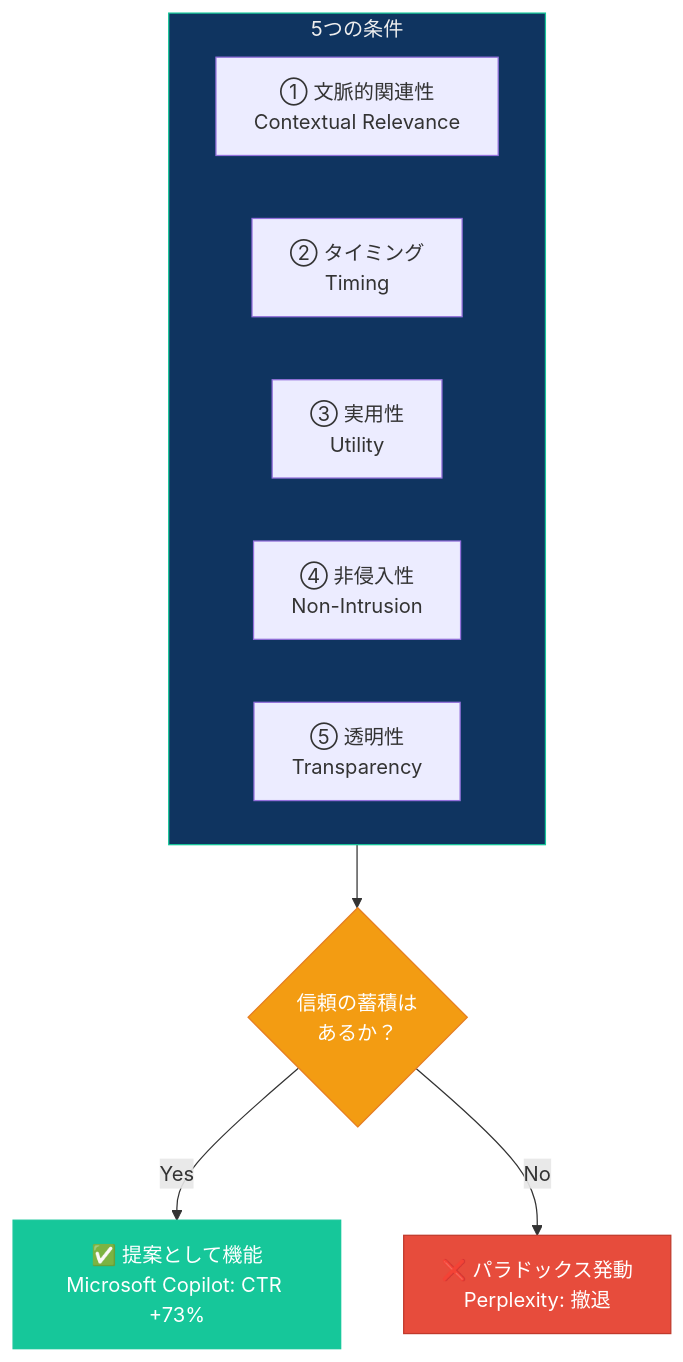
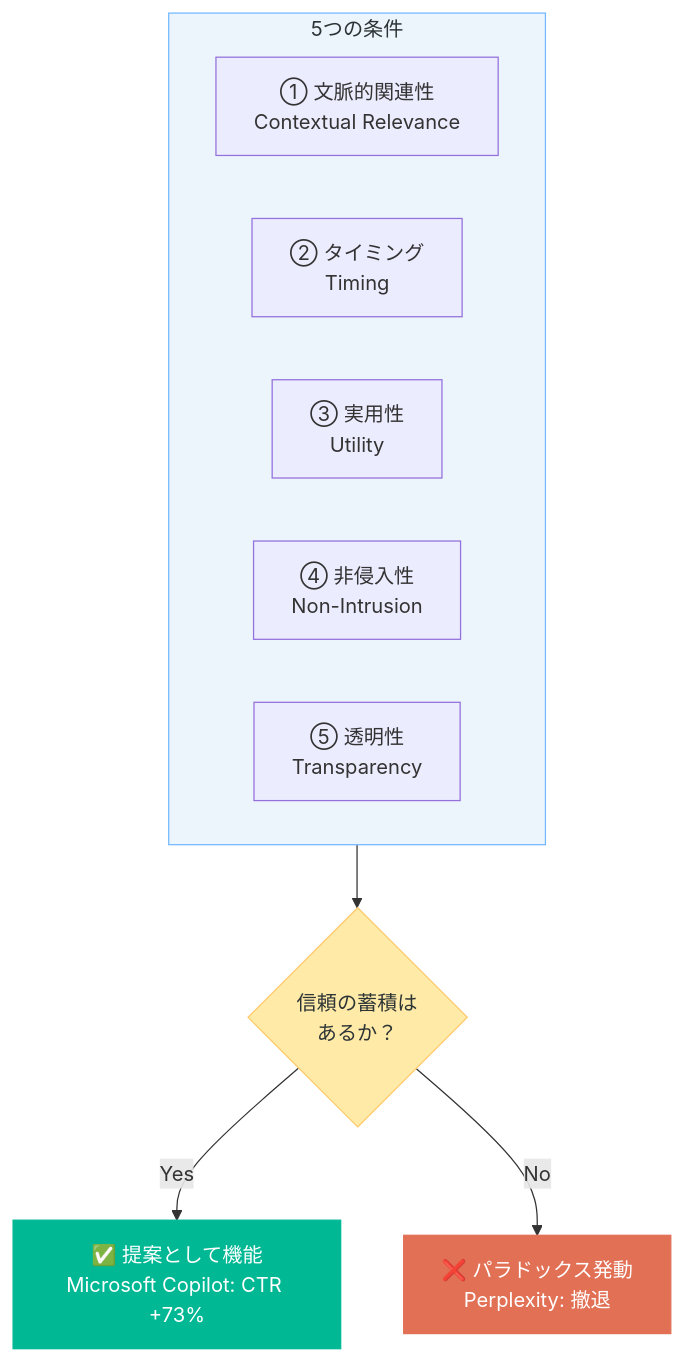
One commit to Leading-AI-IO/advertising-redesigned changed the fifth of 9 diagrams in docs/jp/advertising_redesigned_jp.md. Above: the diagram before and after it, drawn with Mermaid. The commit also changed other lines of this file, not shown here.

````diff
--- a/docs/jp/advertising_redesigned_jp.md
+++ b/docs/jp/advertising_redesigned_jp.md
@@ -756,21 +756,21 @@
 ```mermaid
 flowchart TB
     subgraph PENTAGON["5つの条件"]
         direction LR
         C1["① 文脈的関連性\nContextual Relevance"]
         C2["② タイミング\nTiming"]
         C3["③ 実用性\nUtility"]
         C4["④ 非侵入性\nNon-Intrusion"]
         C5["⑤ 透明性\nTransparency"]
     end
 
     PENTAGON --> TRUST_CHECK{"信頼の蓄積は\nあるか？"}
 
     TRUST_CHECK -- "Yes" --> SUCCESS["✅ 提案として機能\nMicrosoft Copilot: CTR +73%"]
     TRUST_CHECK -- "No" --> FAIL["❌ パラドックス発動\nPerplexity: 撤退"]
 
-    style PENTAGON fill:#0f3460,stroke:#16c79a,color:#eee
-    style TRUST_CHECK fill:#f39c12,stroke:#e67e22,color:#fff
-    style SUCCESS fill:#16c79a,stroke:#16c79a,color:#fff
-    style FAIL fill:#e74c3c,stroke:#c0392b,color:#fff
+    style PENTAGON fill:#edf5fc,stroke:#74b9ff,color:#2d3436
+    style TRUST_CHECK fill:#ffeaa7,stroke:#fdcb6e,color:#2d3436
+    style SUCCESS fill:#00b894,stroke:#00b894,color:#fff
+    style FAIL fill:#e17055,stroke:#e17055,color:#fff
 ```
````
